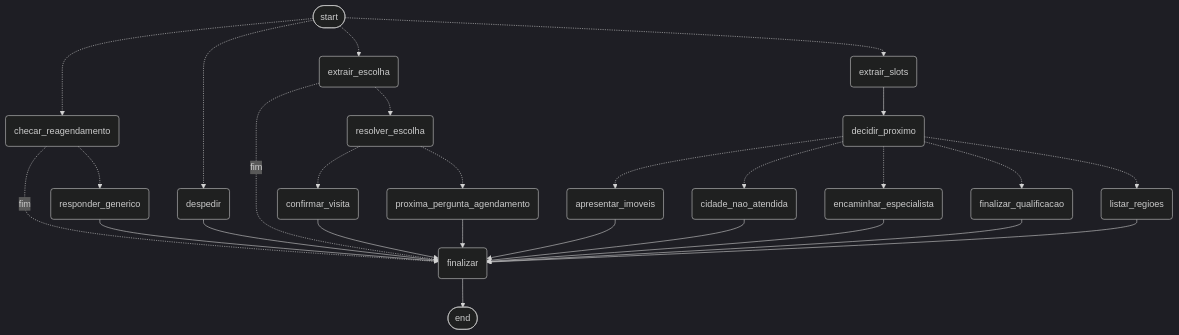
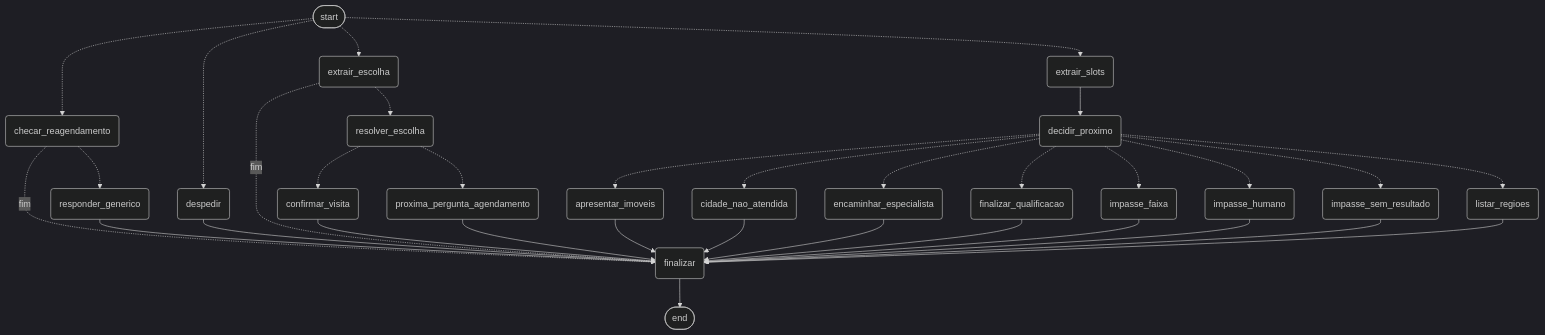
The second of 2 diagrams in ARQUITETURA.md (pos-fiap-ia-devs/Hackathon-fase-5), drawn with Mermaid (dark theme) before and after one commit. The commit also changed other lines of this file and 11 other files, not shown here.

````diff
--- a/ARQUITETURA.md
+++ b/ARQUITETURA.md
@@ -75,46 +75,55 @@
 ```mermaid
 graph TD
 	__start__([start]):::first
 	extrair_slots(extrair_slots)
 	decidir_proximo(decidir_proximo)
 	apresentar_imoveis(apresentar_imoveis)
 	encaminhar_especialista(encaminhar_especialista)
 	listar_regioes(listar_regioes)
 	cidade_nao_atendida(cidade_nao_atendida)
+	impasse_faixa(impasse_faixa)
+	impasse_sem_resultado(impasse_sem_resultado)
+	impasse_humano(impasse_humano)
 	finalizar_qualificacao(finalizar_qualificacao)
 	extrair_escolha(extrair_escolha)
 	resolver_escolha(resolver_escolha)
 	confirmar_visita(confirmar_visita)
 	proxima_pergunta_agendamento(proxima_pergunta_agendamento)
 	checar_reagendamento(checar_reagendamento)
 	responder_generico(responder_generico)
 	despedir(despedir)
 	finalizar(finalizar)
 	__end__([end]):::last
 	__start__ -.-> checar_reagendamento
 	__start__ -.-> despedir
 	__start__ -.-> extrair_escolha
 	__start__ -.-> extrair_slots
 	apresentar_imoveis --> finalizar
 	checar_reagendamento -. fim .-> finalizar
 	checar_reagendamento -.-> responder_generico
 	cidade_nao_atendida --> finalizar
 	confirmar_visita --> finalizar
 	decidir_proximo -.-> apresentar_imoveis
 	decidir_proximo -.-> cidade_nao_atendida
 	decidir_proximo -.-> encaminhar_especialista
 	decidir_proximo -.-> finalizar_qualificacao
+	decidir_proximo -.-> impasse_faixa
+	decidir_proximo -.-> impasse_humano
+	decidir_proximo -.-> impasse_sem_resultado
 	decidir_proximo -.-> listar_regioes
 	despedir --> finalizar
 	encaminhar_especialista --> finalizar
 	extrair_escolha -. fim .-> finalizar
 	extrair_escolha -.-> resolver_escolha
 	extrair_slots --> decidir_proximo
 	finalizar_qualificacao --> finalizar
+	impasse_faixa --> finalizar
+	impasse_humano --> finalizar
+	impasse_sem_resultado --> finalizar
 	listar_regioes --> finalizar
 	proxima_pergunta_agendamento --> finalizar
 	resolver_escolha -.-> confirmar_visita
 	resolver_escolha -.-> proxima_pergunta_agendamento
 	responder_generico --> finalizar
 	finalizar --> __end__
 ```
````
